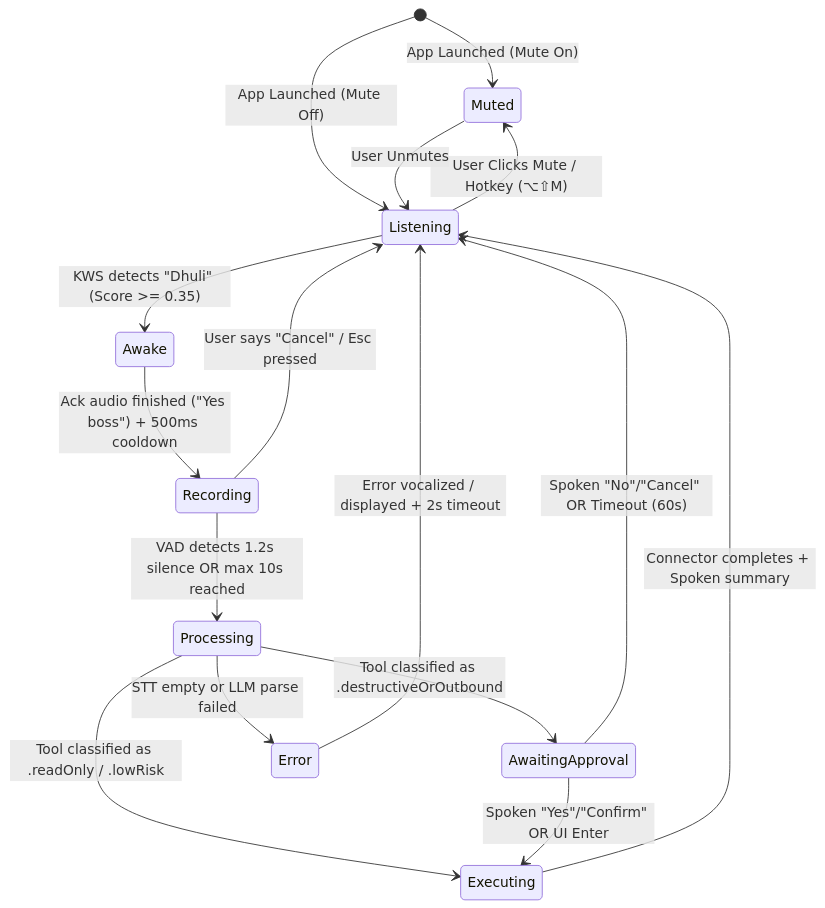
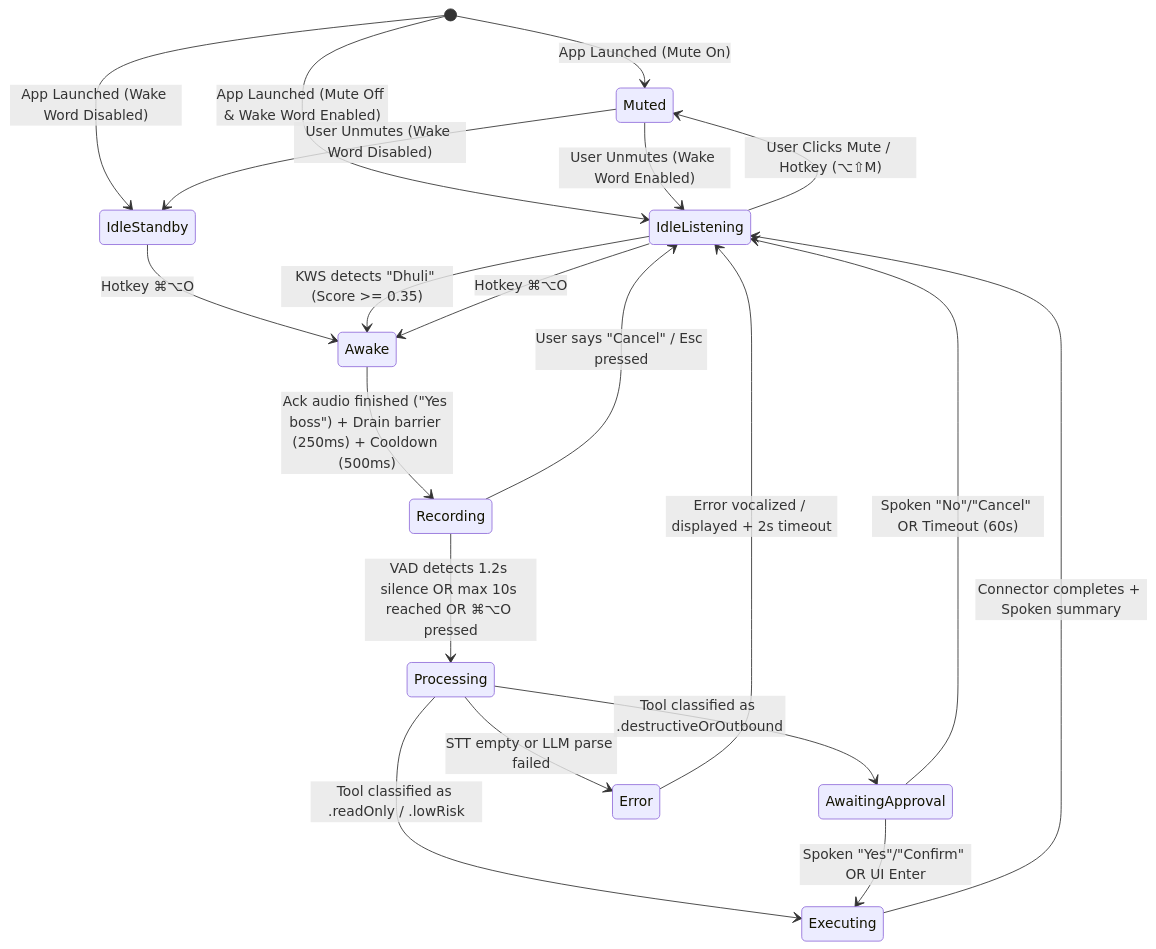
Before and after one commit to Dhruvil05Patel/OmniDesk: the second of 3 diagrams in .agents/plan/VOICE_ACTIVATION_PLAN.md, drawn with Mermaid. The commit also changed other lines of this file and 1 other file, not shown here.

Commit message:
docs(voice): update architecture blueprint and summary for on-device wake-word detection

````diff
--- a/.agents/plan/VOICE_ACTIVATION_PLAN.md
+++ b/.agents/plan/VOICE_ACTIVATION_PLAN.md
@@ -240,25 +289,29 @@
 ```mermaid
 stateDiagram-v2
     [*] --> Muted: App Launched (Mute On)
-    [*] --> Listening: App Launched (Mute Off)
+    [*] --> IdleListening: App Launched (Mute Off & Wake Word Enabled)
+    [*] --> IdleStandby: App Launched (Wake Word Disabled)
 
-    Listening --> Muted: User Clicks Mute / Hotkey (⌥⇧M)
-    Muted --> Listening: User Unmutes
+    IdleStandby --> Awake: Hotkey ⌘⌥O
+    IdleListening --> Muted: User Clicks Mute / Hotkey (⌥⇧M)
+    Muted --> IdleListening: User Unmutes (Wake Word Enabled)
+    Muted --> IdleStandby: User Unmutes (Wake Word Disabled)
 
-    Listening --> Awake: KWS detects "Dhuli" (Score >= 0.35)
+    IdleListening --> Awake: KWS detects "Dhuli" (Score >= 0.35)
+    IdleListening --> Awake: Hotkey ⌘⌥O
     
-    Awake --> Recording: Ack audio finished ("Yes boss") + 500ms cooldown
+    Awake --> Recording: Ack audio finished ("Yes boss") + Drain barrier (250ms) + Cooldown (500ms)
     
-    Recording --> Processing: VAD detects 1.2s silence OR max 10s reached
-    Recording --> Listening: User says "Cancel" / Esc pressed
+    Recording --> Processing: VAD detects 1.2s silence OR max 10s reached OR ⌘⌥O pressed
+    Recording --> IdleListening: User says "Cancel" / Esc pressed
     
     Processing --> AwaitingApproval: Tool classified as .destructiveOrOutbound
     Processing --> Executing: Tool classified as .readOnly / .lowRisk
     Processing --> Error: STT empty or LLM parse failed
     
     AwaitingApproval --> Executing: Spoken "Yes"/"Confirm" OR UI Enter
-    AwaitingApproval --> Listening: Spoken "No"/"Cancel" OR Timeout (60s)
+    AwaitingApproval --> IdleListening: Spoken "No"/"Cancel" OR Timeout (60s)
     
-    Executing --> Listening: Connector completes + Spoken summary
-    Error --> Listening: Error vocalized / displayed + 2s timeout
+    Executing --> IdleListening: Connector completes + Spoken summary
+    Error --> IdleListening: Error vocalized / displayed + 2s timeout
 ```
````
